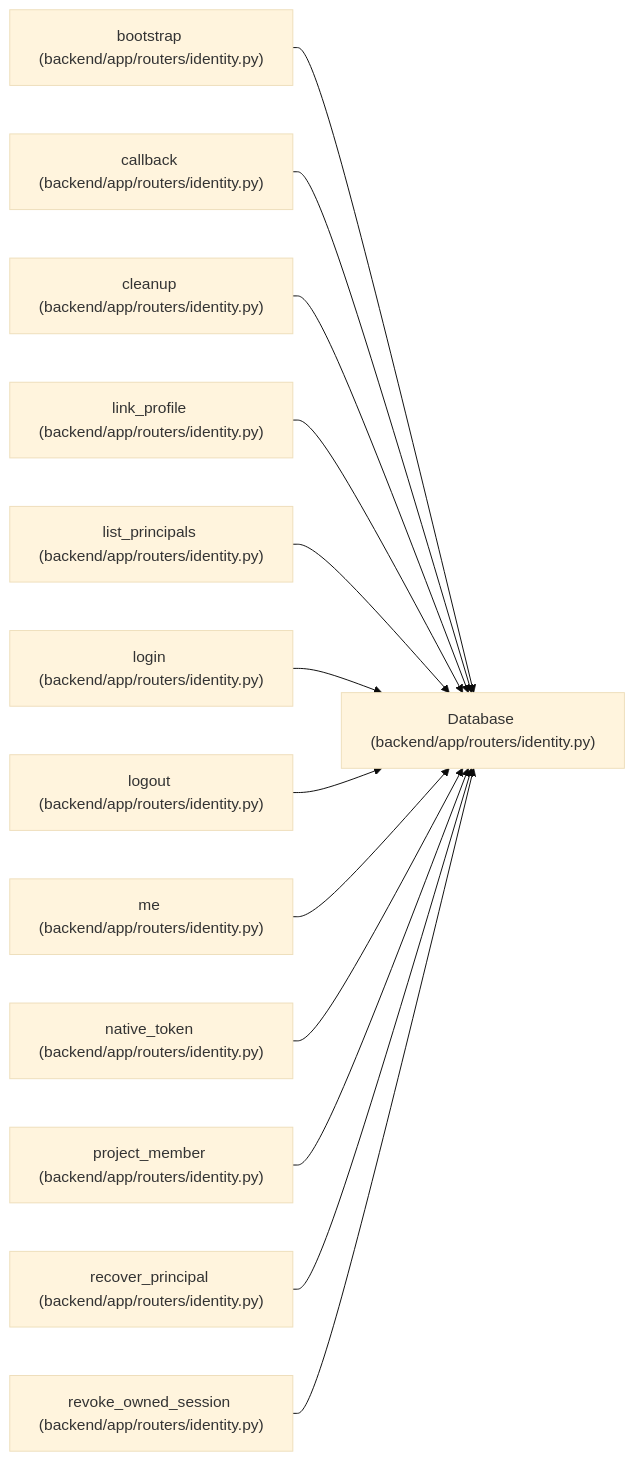
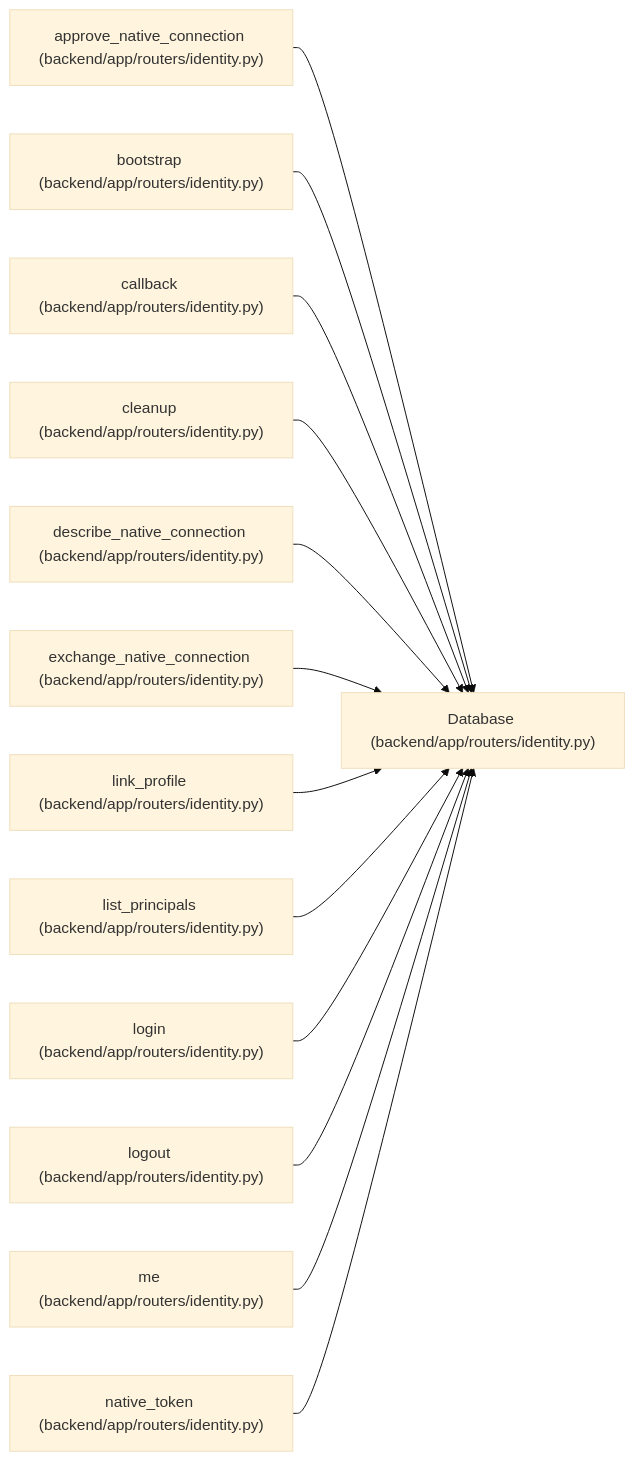
The diagram in docs/llm_wiki/entities/routers_identity_Database.md (Denissvgn/WorkChord), drawn with Mermaid (base theme) before and after one commit. The commit also changed other lines of this file and 6624 other files, not shown here.

````diff
--- a/docs/llm_wiki/entities/routers_identity_Database.md
+++ b/docs/llm_wiki/entities/routers_identity_Database.md
@@ -24,41 +24,41 @@
 ```mermaid
 flowchart LR
     n0["Database (backend/app/routers/identity.py)"]
-    n1["bootstrap (backend/app/routers/identity.py)"]
-    n2["callback (backend/app/routers/identity.py)"]
-    n3["cleanup (backend/app/routers/identity.py)"]
-    n4["link_profile (backend/app/routers/identity.py)"]
-    n5["list_principals (backend/app/routers/identity.py)"]
-    n6["login (backend/app/routers/identity.py)"]
-    n7["logout (backend/app/routers/identity.py)"]
-    n8["me (backend/app/routers/identity.py)"]
-    n9["native_token (backend/app/routers/identity.py)"]
-    n10["project_member (backend/app/routers/identity.py)"]
-    n11["recover_principal (backend/app/routers/identity.py)"]
-    n12["revoke_owned_session (backend/app/routers/identity.py)"]
+    n1["approve_native_connection (backend/app/routers/identity.py)"]
+    n2["bootstrap (backend/app/routers/identity.py)"]
+    n3["callback (backend/app/routers/identity.py)"]
+    n4["cleanup (backend/app/routers/identity.py)"]
+    n5["describe_native_connection (backend/app/routers/identity.py)"]
+    n6["exchange_native_connection (backend/app/routers/identity.py)"]
+    n7["link_profile (backend/app/routers/identity.py)"]
+    n8["list_principals (backend/app/routers/identity.py)"]
+    n9["login (backend/app/routers/identity.py)"]
+    n10["logout (backend/app/routers/identity.py)"]
+    n11["me (backend/app/routers/identity.py)"]
+    n12["native_token (backend/app/routers/identity.py)"]
     n1 --> n0
     n2 --> n0
     n3 --> n0
     n4 --> n0
     n5 --> n0
     n6 --> n0
     n7 --> n0
     n8 --> n0
     n9 --> n0
     n10 --> n0
     n11 --> n0
     n12 --> n0
     click n0 "../modules/routers_identity.md"
     click n1 "../modules/routers_identity.md"
     click n2 "../modules/routers_identity.md"
     click n3 "../modules/routers_identity.md"
     click n4 "../modules/routers_identity.md"
     click n5 "../modules/routers_identity.md"
     click n6 "../modules/routers_identity.md"
     click n7 "../modules/routers_identity.md"
     click n8 "../modules/routers_identity.md"
     click n9 "../modules/routers_identity.md"
     click n10 "../modules/routers_identity.md"
     click n11 "../modules/routers_identity.md"
     click n12 "../modules/routers_identity.md"
 ```
````
